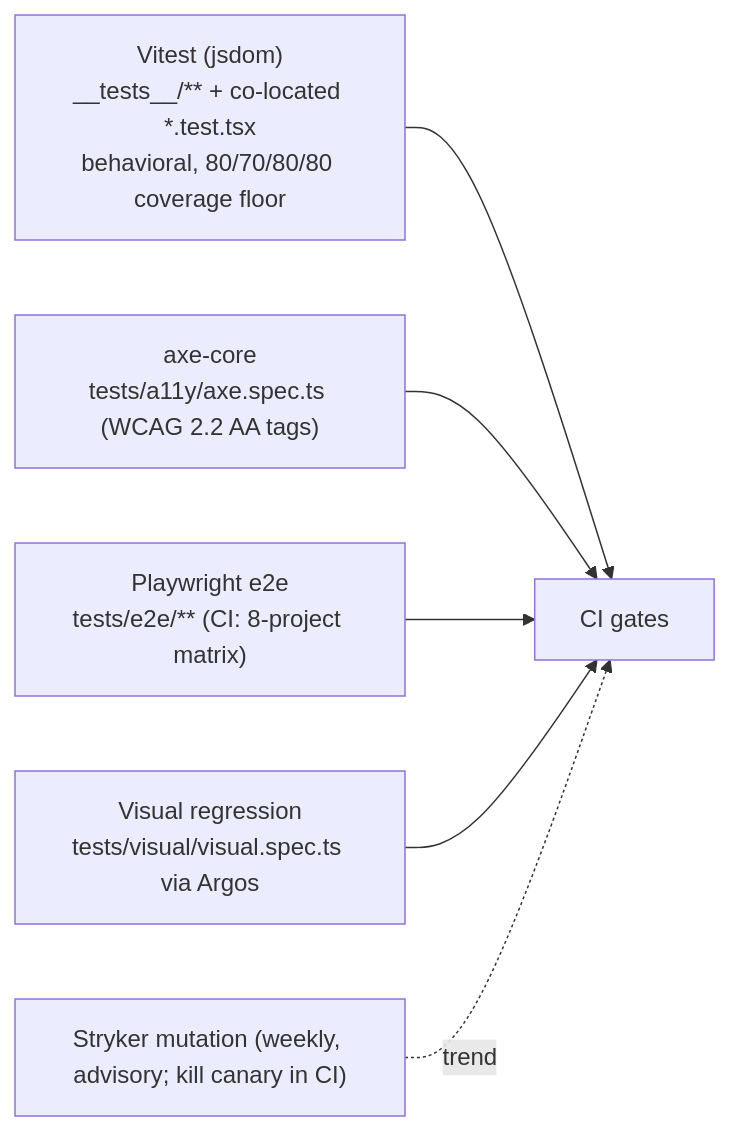
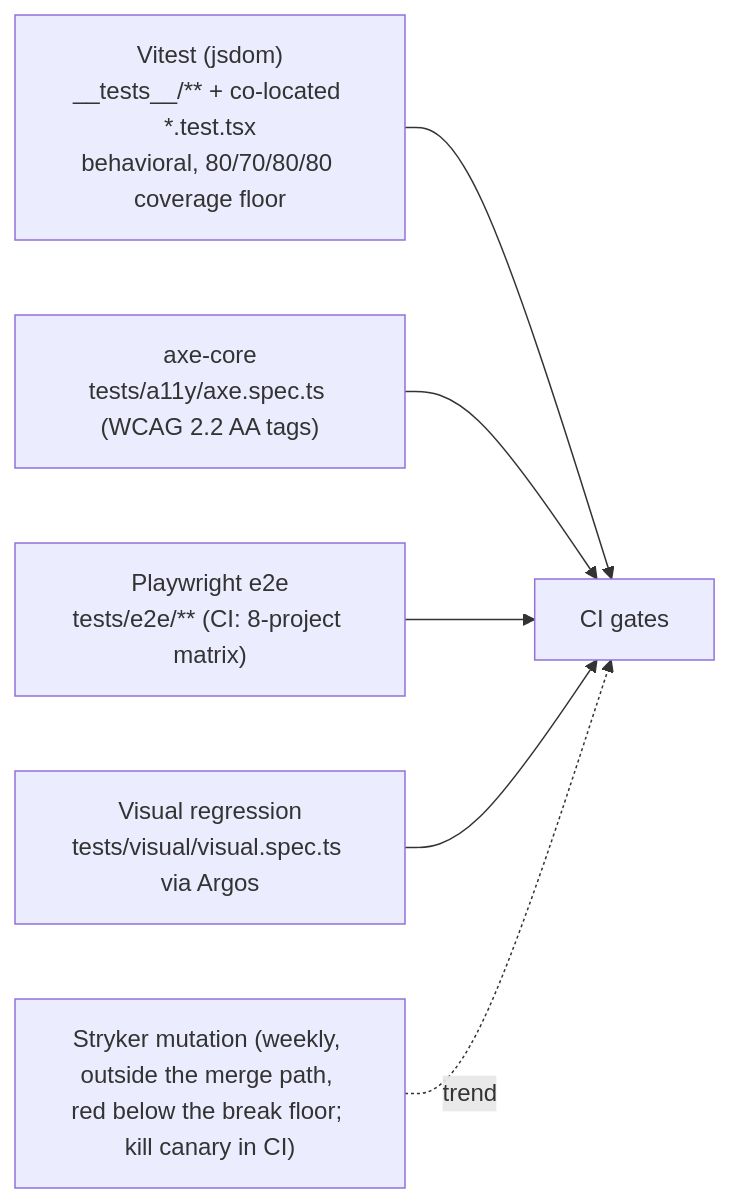
Before and after one commit to erikunha/portfolio: the third of 8 diagrams in docs/07-workflows.md, drawn with Mermaid. The commit also changed other lines of this file and 15 other files, not shown here.

````diff
--- a/docs/07-workflows.md
+++ b/docs/07-workflows.md
@@ -134,9 +134,9 @@
 ```mermaid
 flowchart LR
     unit["Vitest (jsdom)<br/>__tests__/** + co-located *.test.tsx<br/>behavioral, 80/70/80/80 coverage floor"] --> ci
     a11y["axe-core<br/>tests/a11y/axe.spec.ts (WCAG 2.2 AA tags)"] --> ci
     e2e["Playwright e2e<br/>tests/e2e/** (CI: 8-project matrix)"] --> ci
     visual["Visual regression<br/>tests/visual/visual.spec.ts via Argos"] --> ci
-    mut["Stryker mutation (weekly, advisory; kill canary in CI)"] -. trend .-> ci
+    mut["Stryker mutation (weekly, outside the merge path, red below the break floor; kill canary in CI)"] -. trend .-> ci
     ci["CI gates"]
 ```
````
